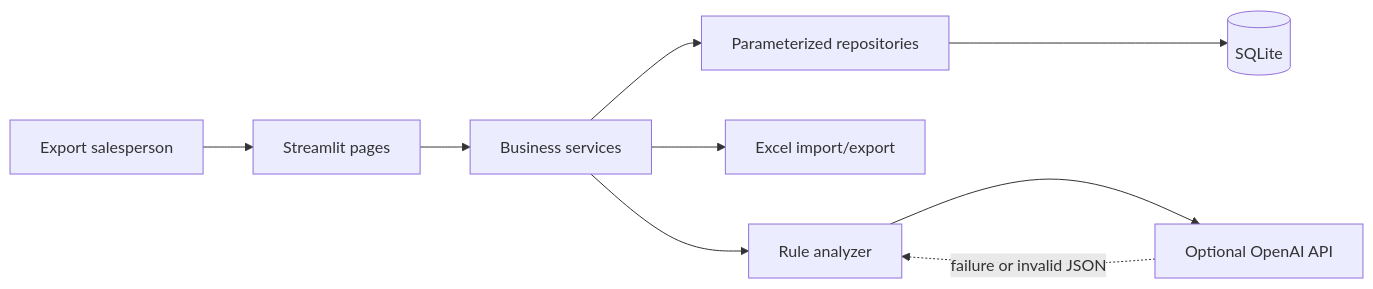
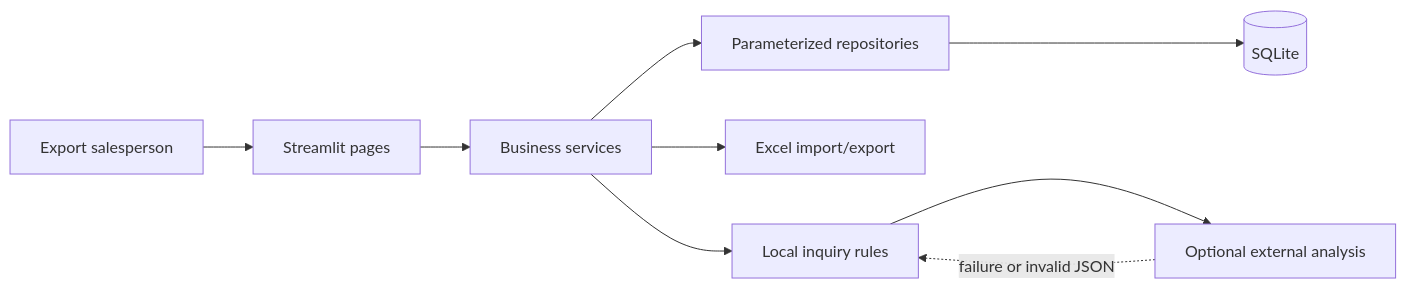
The diagram in README.md (hql7-luo/b2b-export-sales-intelligence), drawn with Mermaid before and after one commit. The commit also changed other lines of this file and 20 other files, not shown here.

````diff
--- a/README.md
+++ b/README.md
@@ -79,11 +80,11 @@
 ```mermaid
 flowchart LR
     U["Export salesperson"] --> UI["Streamlit pages"]
     UI --> S["Business services"]
     S --> R["Parameterized repositories"]
     R --> DB[("SQLite")]
     S --> X["Excel import/export"]
-    S --> L["Rule analyzer"]
-    L --> O["Optional OpenAI API"]
+    S --> L["Local inquiry rules"]
+    L --> O["Optional external analysis"]
     O -. "failure or invalid JSON" .-> L
 ```
````
